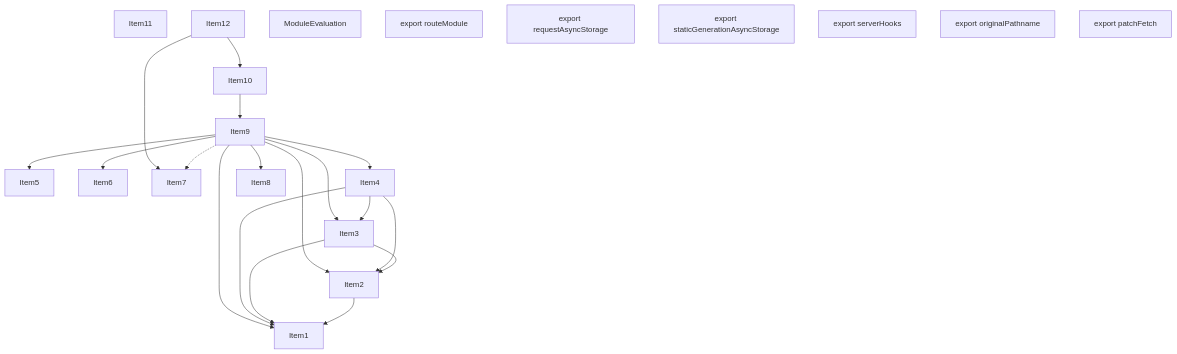
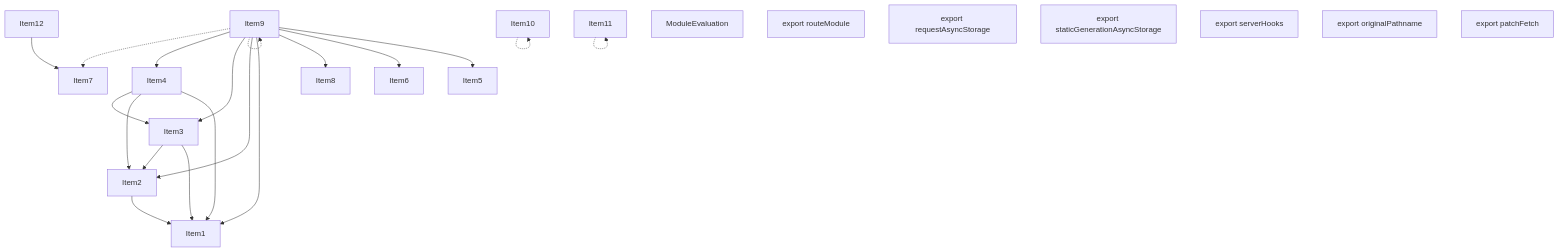
One commit to vercel/turborepo changed the third of 5 diagrams in crates/turbopack-ecmascript/tests/tree-shaker/analyzer/app-route/output.md. Above: the diagram before and after it, drawn with Mermaid. The commit also changed other lines of this file and 20 other files, not shown here.

````diff
--- a/crates/turbopack-ecmascript/tests/tree-shaker/analyzer/app-route/output.md
+++ b/crates/turbopack-ecmascript/tests/tree-shaker/analyzer/app-route/output.md
@@ -228,46 +230,47 @@
 ```mermaid
 graph TD
     Item1;
     Item5;
     Item2;
     Item6;
     Item3;
     Item7;
     Item4;
     Item8;
     Item9;
     Item10;
     Item11;
     Item12;
     Item13;
     Item13["ModuleEvaluation"];
     Item14;
     Item14["export routeModule"];
     Item15;
     Item15["export requestAsyncStorage"];
     Item16;
     Item16["export staticGenerationAsyncStorage"];
     Item17;
     Item17["export serverHooks"];
     Item18;
     Item18["export originalPathname"];
     Item19;
     Item19["export patchFetch"];
     Item2 --> Item1;
     Item3 --> Item1;
     Item3 --> Item2;
     Item4 --> Item1;
     Item4 --> Item2;
     Item4 --> Item3;
     Item9 --> Item5;
     Item9 --> Item6;
     Item9 --> Item8;
+    Item9 -.-> Item9;
     Item9 --> Item1;
     Item9 --> Item2;
     Item9 --> Item3;
     Item9 --> Item4;
     Item9 -.-> Item7;
-    Item10 --> Item9;
+    Item10 -.-> Item10;
+    Item11 -.-> Item11;
     Item12 --> Item7;
-    Item12 --> Item10;
 ```
````
